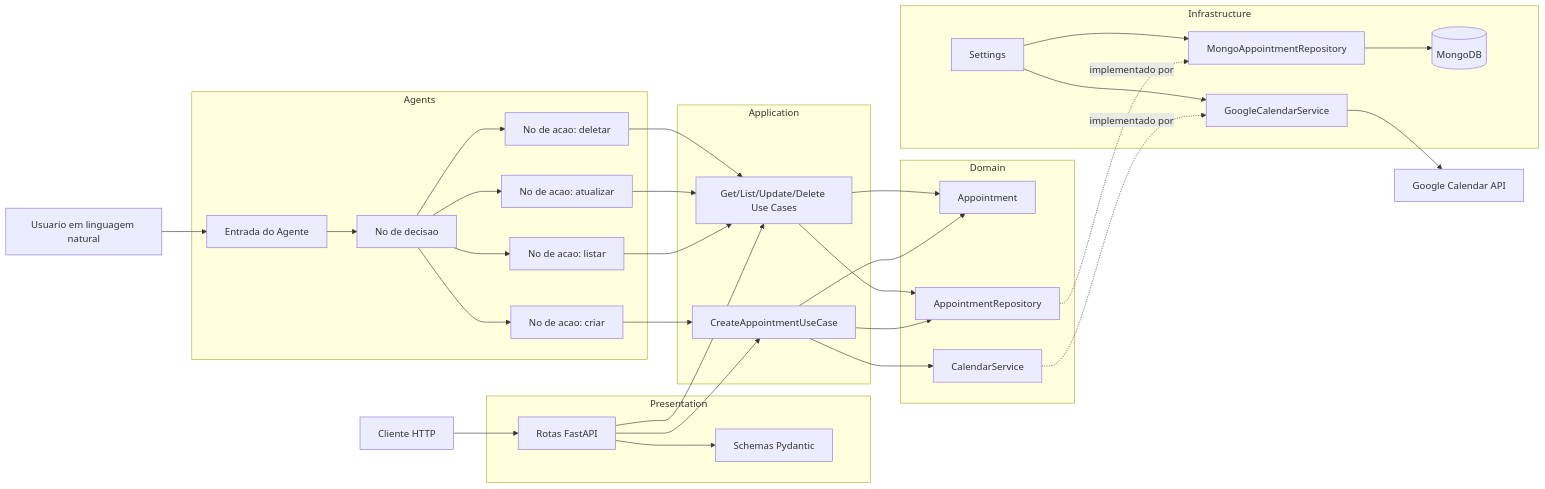
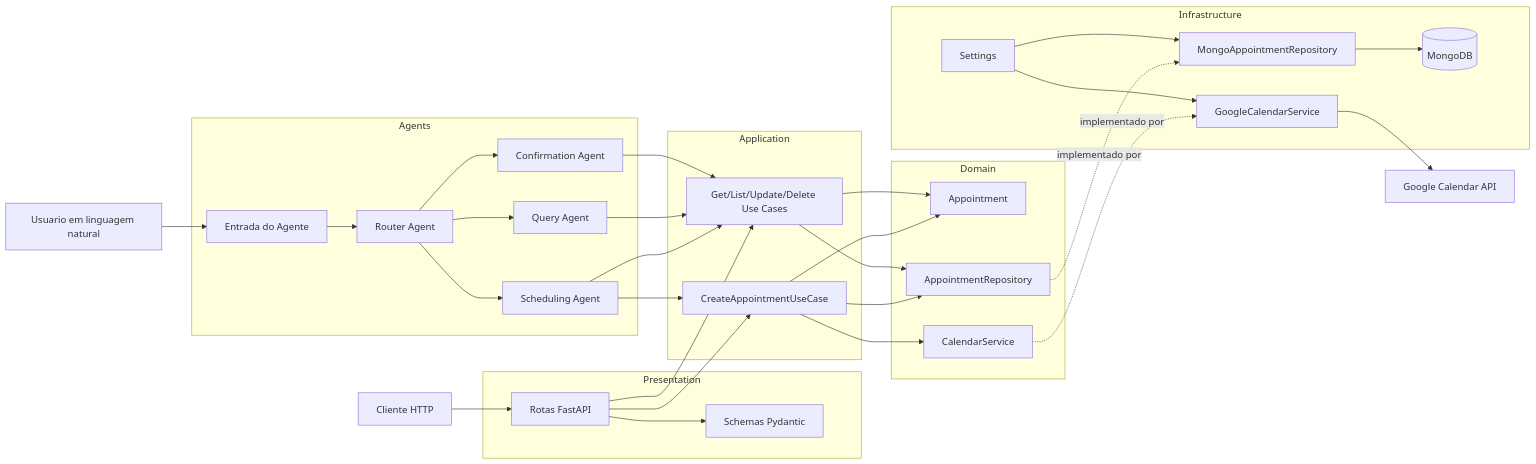
The diagram in README.md (fsodanilo/lab-agenda), drawn with Mermaid before and after one commit. The commit also changed other lines of this file and 4 other files, not shown here.

````diff
--- a/README.md
+++ b/README.md
@@ -65,67 +65,65 @@
 ```mermaid
 flowchart LR
 	Client[Cliente HTTP] --> Routes[Rotas FastAPI]
 	User[Usuario em linguagem natural] --> AgentEntry[Entrada do Agente]
 
 	subgraph Presentation[Presentation]
 		Routes
 		Schemas[Schemas Pydantic]
 	end
 
 	subgraph Agents[Agents]
 		AgentEntry
-		Decision[No de decisao]
-		CreateAction[No de acao: criar]
-		ListAction[No de acao: listar]
-		UpdateAction[No de acao: atualizar]
-		DeleteAction[No de acao: deletar]
+		RouterAgent[Router Agent]
+		SchedulingAgent[Scheduling Agent]
+		QueryAgent[Query Agent]
+		ConfirmationAgent[Confirmation Agent]
 	end
 
 	subgraph Application[Application]
 		CreateUC[CreateAppointmentUseCase]
 		CrudUC[Get/List/Update/Delete Use Cases]
 	end
 
 	subgraph Domain[Domain]
 		Appointment[Appointment]
 		RepoPort[AppointmentRepository]
 		CalendarPort[CalendarService]
 	end
 
 	subgraph Infrastructure[Infrastructure]
 		MongoRepo[MongoAppointmentRepository]
 		GoogleSvc[GoogleCalendarService]
 		Settings[Settings]
 		Mongo[(MongoDB)]
 	end
 
 	GCal[Google Calendar API]
 
 	Routes --> Schemas
 	Routes --> CreateUC
 	Routes --> CrudUC
-	AgentEntry --> Decision
-	Decision --> CreateAction
-	Decision --> ListAction
-	Decision --> UpdateAction
-	Decision --> DeleteAction
-	CreateAction --> CreateUC
-	ListAction --> CrudUC
-	UpdateAction --> CrudUC
-	DeleteAction --> CrudUC
+	AgentEntry --> RouterAgent
+	RouterAgent --> SchedulingAgent
+	RouterAgent --> QueryAgent
+	RouterAgent --> ConfirmationAgent
+	SchedulingAgent --> CreateUC
+	SchedulingAgent --> CrudUC
+	QueryAgent --> CrudUC
+	ConfirmationAgent --> CrudUC
 
 	CreateUC --> Appointment
 	CrudUC --> Appointment
 
 	CreateUC --> RepoPort
 	CrudUC --> RepoPort
 	CreateUC --> CalendarPort
 
 	RepoPort -. implementado por .-> MongoRepo
 	CalendarPort -. implementado por .-> GoogleSvc
 
 	MongoRepo --> Mongo
 	GoogleSvc --> GCal
 	Settings --> MongoRepo
 	Settings --> GoogleSvc
 ```
````
